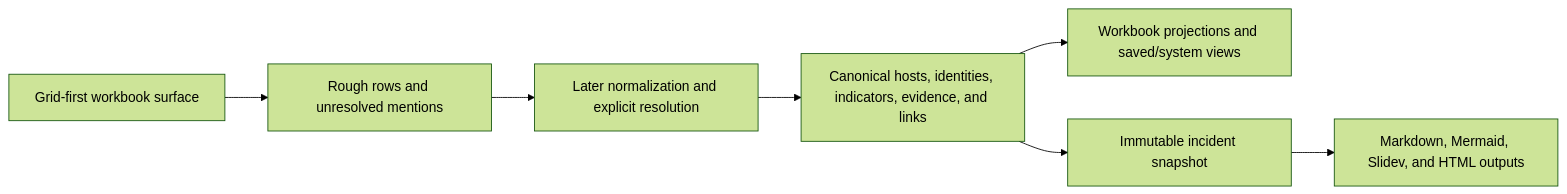
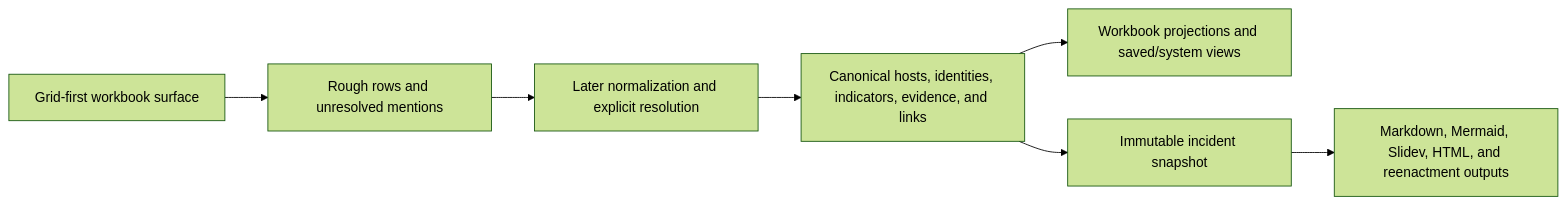
One commit to JochiRaider/Cartulary-NLspec changed the first of 4 diagrams in README.md. Above: the diagram before and after it, drawn with Mermaid (forest theme). The commit also changed other lines of this file, not shown here.

````diff
--- a/README.md
+++ b/README.md
@@ -26,9 +26,9 @@
 ```mermaid
 flowchart LR
     Grid[Grid-first workbook surface] --> Rough[Rough rows and unresolved mentions]
     Rough --> Resolve[Later normalization and explicit resolution]
     Resolve --> Canonical[Canonical hosts, identities, indicators, evidence, and links]
     Canonical --> Views[Workbook projections and saved/system views]
     Canonical --> Snapshot[Immutable incident snapshot]
-    Snapshot --> Outputs[Markdown, Mermaid, Slidev, and HTML outputs]
+    Snapshot --> Outputs[Markdown, Mermaid, Slidev, HTML, and reenactment outputs]
 ```
````
